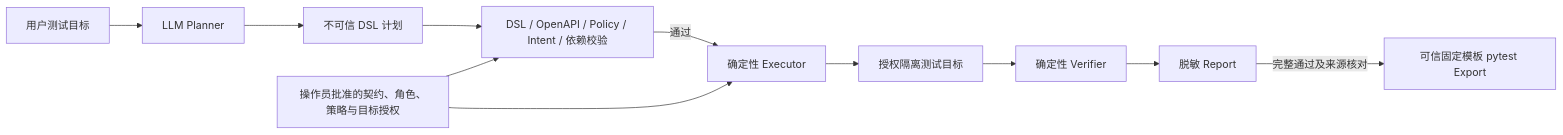
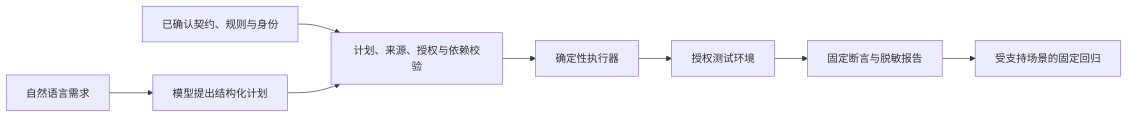
One commit to mofengyan595/agenttest changed the diagram in README.md. Above: the diagram before and after it, drawn with Mermaid. The commit also changed other lines of this file and 27 other files, not shown here.

````diff
--- a/README.md
+++ b/README.md
@@ -103,13 +114,10 @@
 ```mermaid
 flowchart LR
-    U[用户测试目标] --> P[LLM Planner]
-    P --> D[不可信 DSL 计划]
-    O[操作员批准的契约、角色、策略与目标授权] --> V[DSL / OpenAPI / Policy / Intent / 依赖校验]
-    D --> V
-    V --> |通过| E[确定性 Executor]
-    O --> E
-    E --> T[授权隔离测试目标]
-    T --> F[确定性 Verifier]
-    F --> R[脱敏 Report]
-    R --> |完整通过及来源核对| X[可信固定模板 pytest Export]
+    U[自然语言需求] --> P[模型提出结构化计划]
+    C[已确认契约、规则与身份] --> V[计划、来源、授权与依赖校验]
+    P --> V
+    V --> E[确定性执行器]
+    E --> T[授权测试环境]
+    T --> R[固定断言与脱敏报告]
+    R --> F[受支持场景的固定回归]
 ```
````
